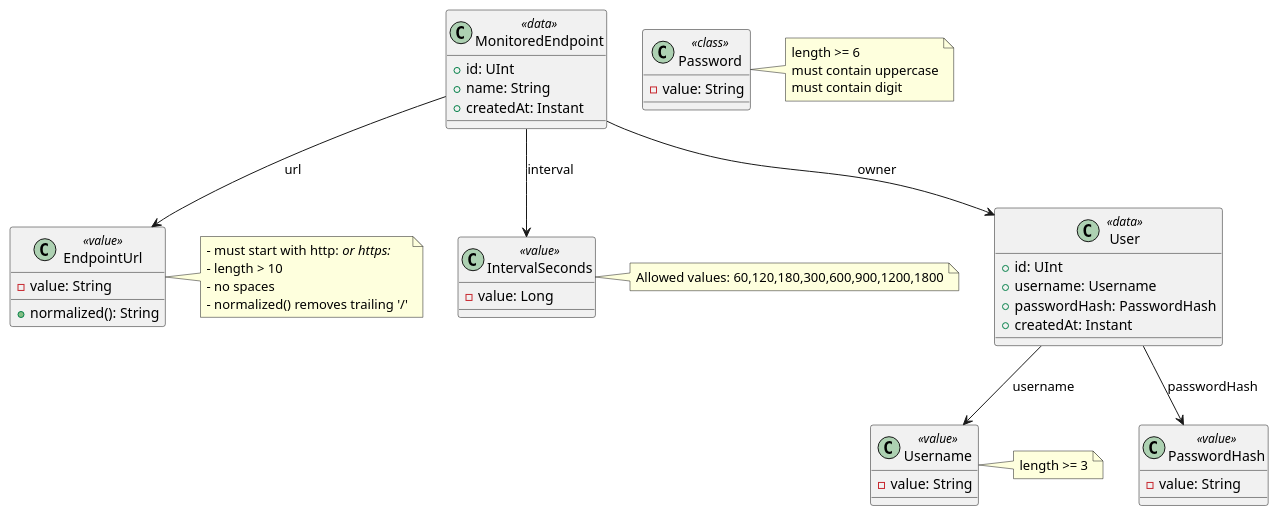
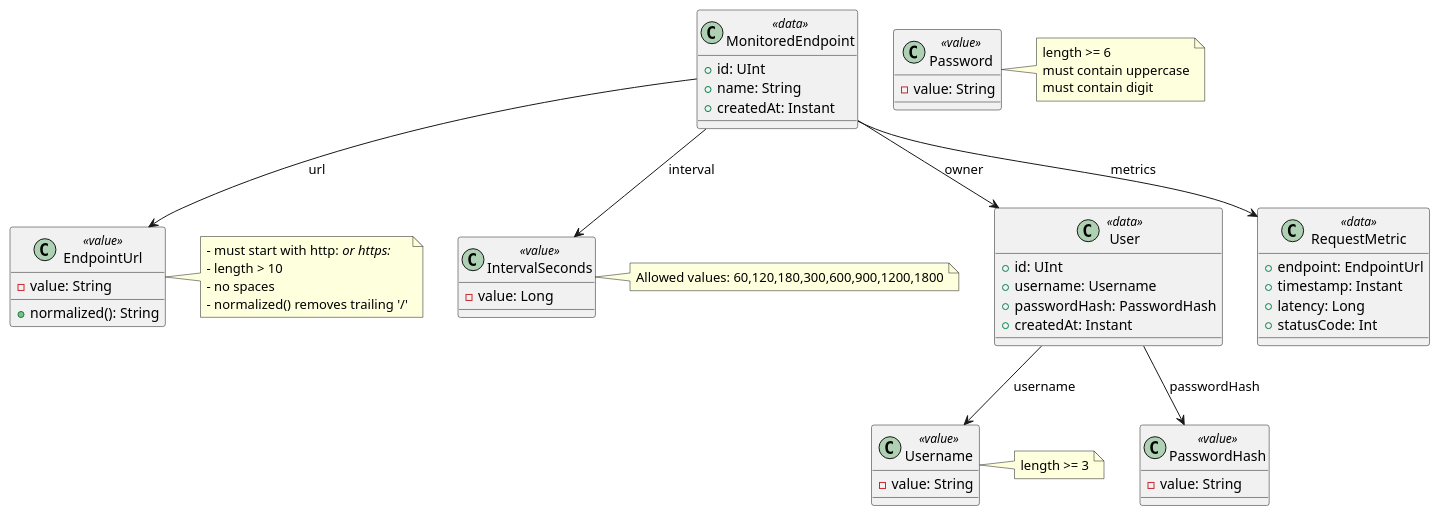
The diagram in docs/diagrams/domain-classes.puml (zYzzcAshh/api-performance-monitor), drawn with PlantUML before and after one commit. The commit also changed 1 other file, not shown here.

Commit message:
Domain Modeling & UML update

```diff
--- a/docs/diagrams/domain-classes.puml
+++ b/docs/diagrams/domain-classes.puml
@@ -1,67 +1,75 @@
 @startuml domain-classes
 ' Domain classes for api-performance-monitor
 
   class MonitoredEndpoint <<data>> {
     +id: UInt
     +name: String
     +createdAt: Instant
   }
 
   class User <<data>> {
     +id: UInt
     +username: Username
     +passwordHash: PasswordHash
     +createdAt: Instant
+  }
+
+  class RequestMetric <<data>> {
+  +endpoint: EndpointUrl
+  +timestamp: Instant
+  +latency: Long
+  +statusCode: Int
   }
 
   class EndpointUrl <<value>> {
     -value: String
     +normalized(): String
   }
 
   class IntervalSeconds <<value>> {
     -value: Long
   }
 
   class Username <<value>> {
     -value: String
   }
 
   class PasswordHash <<value>> {
     -value: String
   }
 
-  class Password <<class>> {
+  class Password <<value>> {
     -value: String
   }
 
 ' Associations
 MonitoredEndpoint --> EndpointUrl : url
 MonitoredEndpoint --> IntervalSeconds : interval
 MonitoredEndpoint --> User : owner
 User --> Username : username
 User --> PasswordHash : passwordHash
+MonitoredEndpoint --> RequestMetric : metrics
 
 ' Notes / invariants
 note right of EndpointUrl
   - must start with http:// or https://
   - length > 10
   - no spaces
   - normalized() removes trailing '/'
 end note
 
 note right of IntervalSeconds
   Allowed values: 60,120,180,300,600,900,1200,1800
 end note
 
 note right of Username
   length >= 3
 end note
 
 note right of Password
   length >= 6
   must contain uppercase
   must contain digit
 end note
 
 @enduml
```
